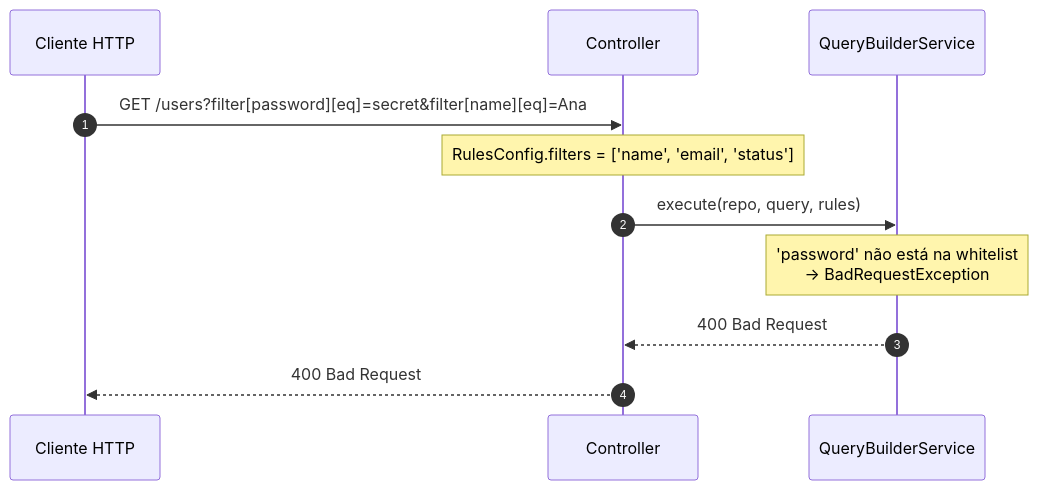
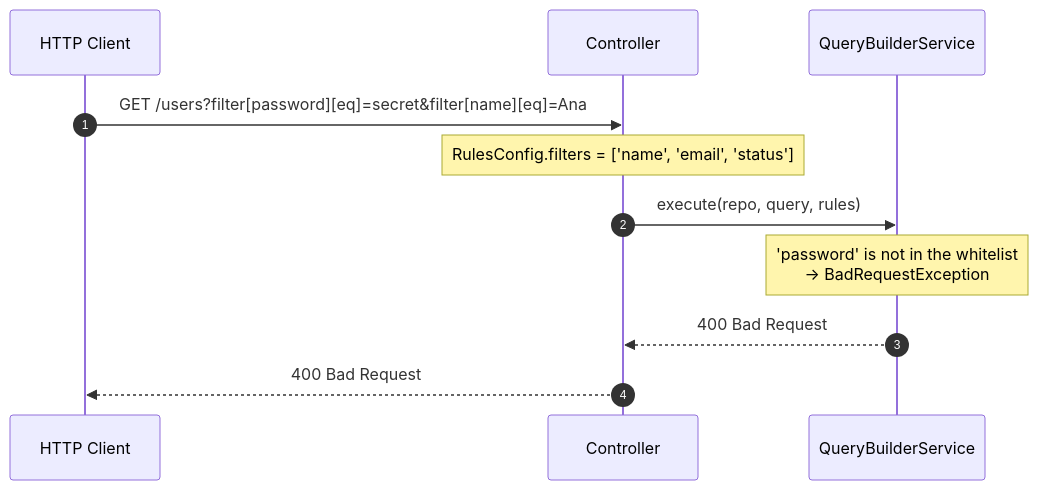
Before and after one commit to naldomadeira/nestjs-rest-query: the diagram in apps/docs/content/en/docs/usage/index.mdx, drawn with Mermaid. The commit also changed other lines of this file and 14 other files, not shown here.

````diff
--- a/apps/docs/content/en/docs/usage/index.mdx
+++ b/apps/docs/content/en/docs/usage/index.mdx
@@ -197,18 +198,18 @@
 ```mermaid
 sequenceDiagram
   autonumber
-  participant Client as Cliente HTTP
+  participant Client as HTTP Client
   participant Ctrl as Controller
   participant DQB as QueryBuilderService
 
   Client->>Ctrl: GET /users?filter[password][eq]=secret&filter[name][eq]=Ana
 
   Note over Ctrl: RulesConfig.filters = ['name', 'email', 'status']
 
   Ctrl->>DQB: execute(repo, query, rules)
 
-  Note over DQB: 'password' não está na whitelist<br/>→ BadRequestException
+  Note over DQB: 'password' is not in the whitelist<br/>→ BadRequestException
 
   DQB-->>Ctrl: 400 Bad Request
   Ctrl-->>Client: 400 Bad Request
 ```
````
